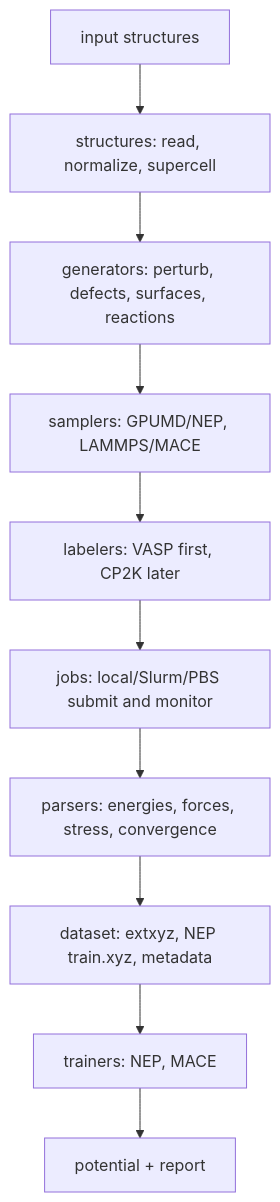
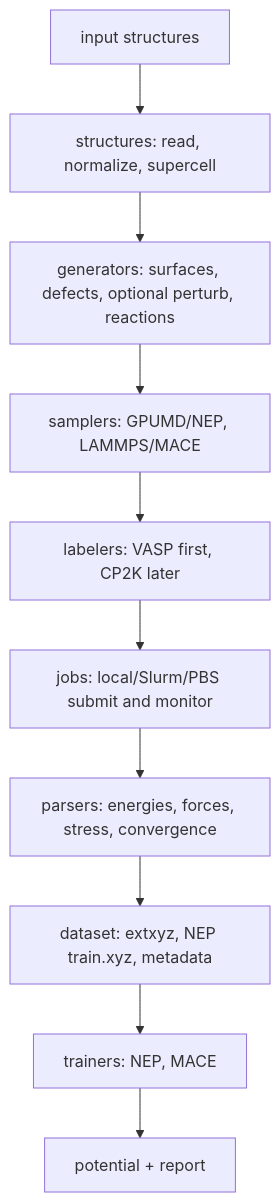
Before and after one commit to Tingliangstu/PESMaker: the third of 3 diagrams in docs/CODE_LOGIC.md, drawn with Mermaid. The commit also changed other lines of this file and 13 other files, not shown here.

````diff
--- a/docs/CODE_LOGIC.md
+++ b/docs/CODE_LOGIC.md
@@ -61,12 +61,12 @@
 ```mermaid
 flowchart TD
     A["input structures"] --> B["structures: read, normalize, supercell"]
-    B --> C["generators: perturb, defects, surfaces, reactions"]
+    B --> C["generators: surfaces, defects, optional perturb, reactions"]
     C --> D["samplers: GPUMD/NEP, LAMMPS/MACE"]
     D --> E["labelers: VASP first, CP2K later"]
     E --> F["jobs: local/Slurm/PBS submit and monitor"]
     F --> G["parsers: energies, forces, stress, convergence"]
     G --> H["dataset: extxyz, NEP train.xyz, metadata"]
     H --> I["trainers: NEP, MACE"]
     I --> J["potential + report"]
 ```
````
